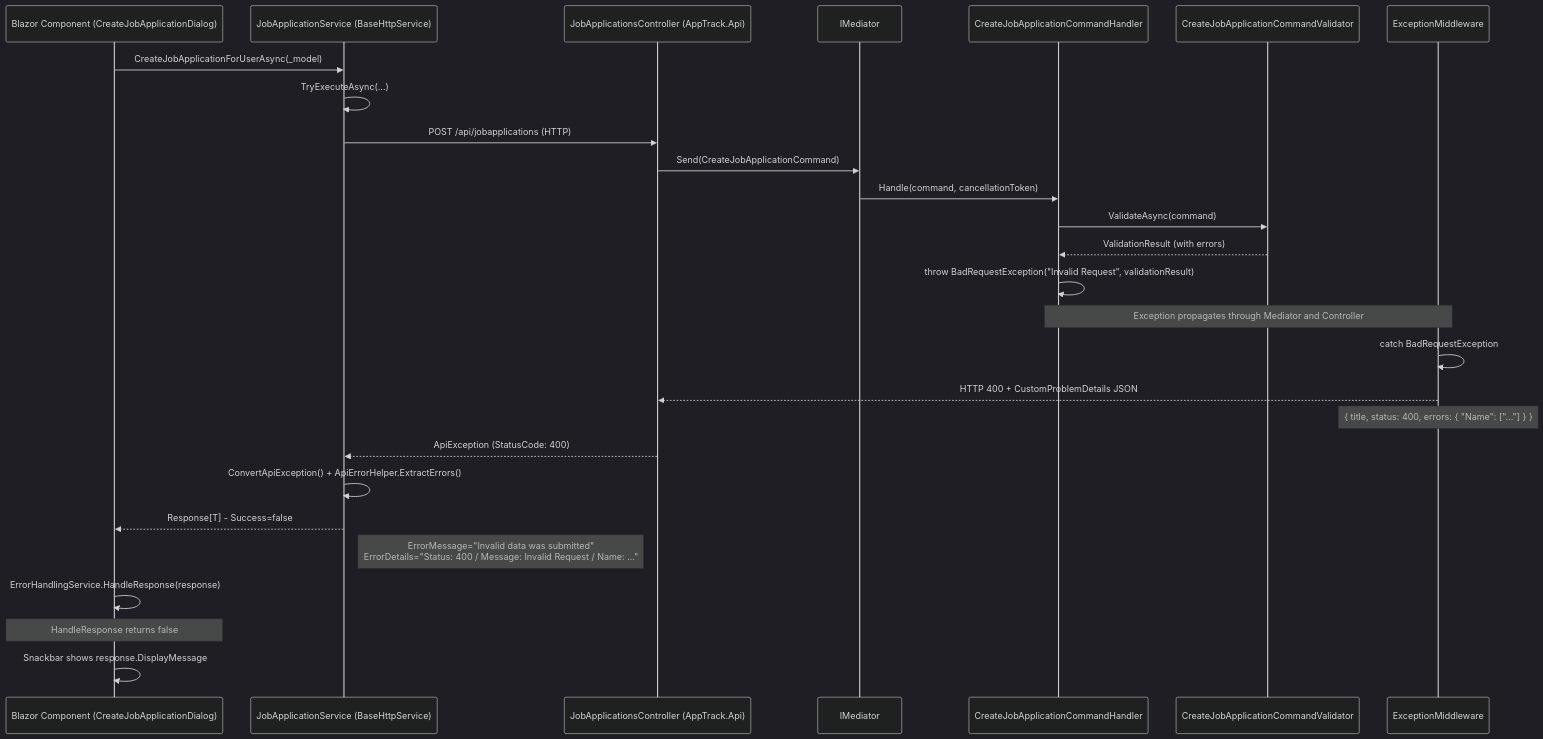
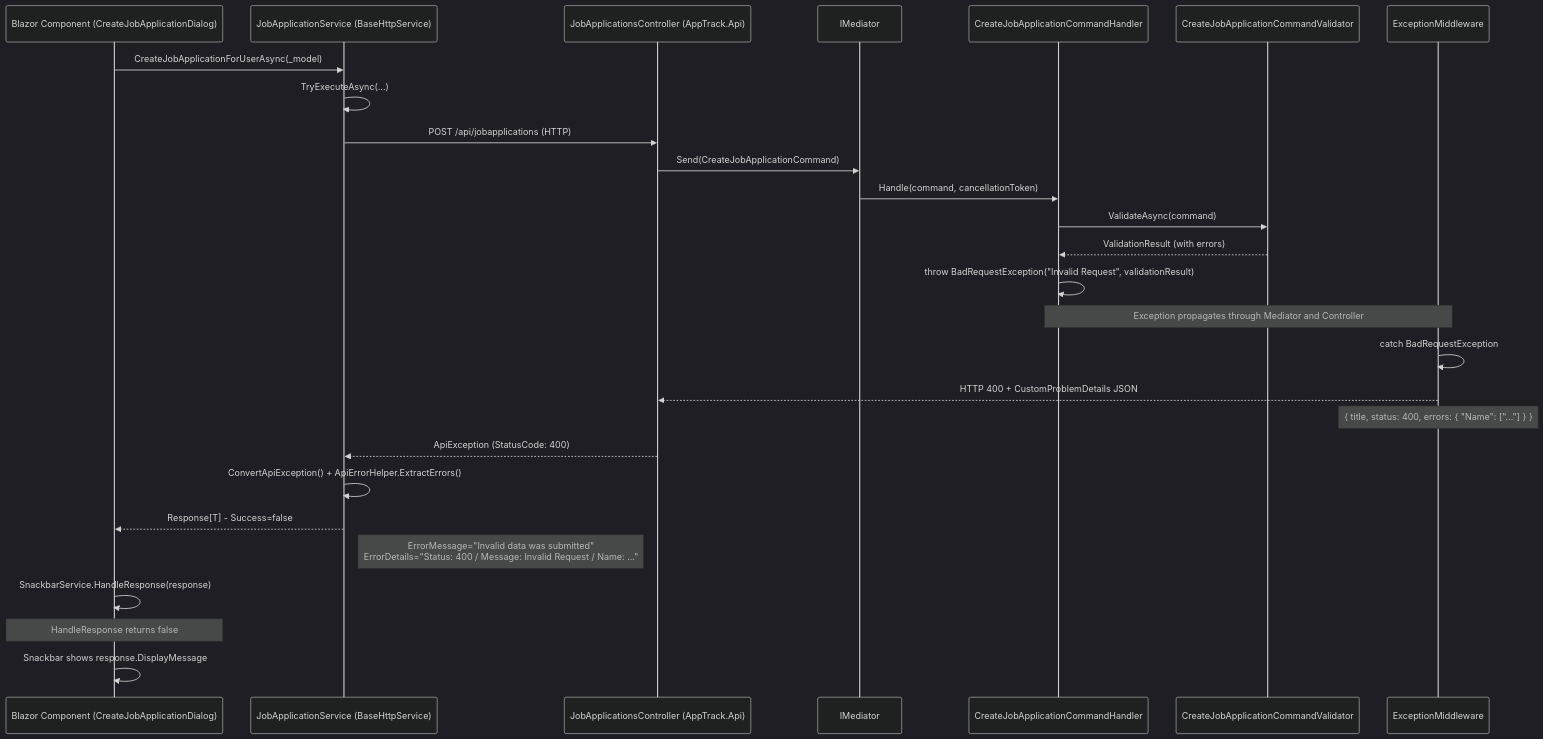
One commit to wagnersoftware/AppTrack changed the first of 3 diagrams in docs/error-handling-architecture.md. Above: the diagram before and after it, drawn with Mermaid (dark theme). The commit also changed other lines of this file and 38 other files, not shown here.

````diff
--- a/docs/error-handling-architecture.md
+++ b/docs/error-handling-architecture.md
@@ -24,30 +24,30 @@
 ```mermaid
 sequenceDiagram
     participant UI as Blazor Component (CreateJobApplicationDialog)
     participant SVC as JobApplicationService (BaseHttpService)
     participant API as JobApplicationsController (AppTrack.Api)
     participant MED as IMediator
     participant HDL as CreateJobApplicationCommandHandler
     participant VAL as CreateJobApplicationCommandValidator
     participant MDW as ExceptionMiddleware
 
     UI->>SVC: CreateJobApplicationForUserAsync(_model)
     SVC->>SVC: TryExecuteAsync(...)
     SVC->>API: POST /api/jobapplications (HTTP)
     API->>MED: Send(CreateJobApplicationCommand)
     MED->>HDL: Handle(command, cancellationToken)
     HDL->>VAL: ValidateAsync(command)
     VAL-->>HDL: ValidationResult (with errors)
     HDL->>HDL: throw BadRequestException("Invalid Request", validationResult)
     Note over HDL,MDW: Exception propagates through Mediator and Controller
     MDW->>MDW: catch BadRequestException
     MDW-->>API: HTTP 400 + CustomProblemDetails JSON
     Note over MDW: { title, status: 400, errors: { "Name": ["..."] } }
     API-->>SVC: ApiException (StatusCode: 400)
     SVC->>SVC: ConvertApiException() + ApiErrorHelper.ExtractErrors()
     SVC-->>UI: Response[T] - Success=false
     Note right of SVC: ErrorMessage="Invalid data was submitted"<br/>ErrorDetails="Status: 400 / Message: Invalid Request / Name: ..."
-    UI->>UI: ErrorHandlingService.HandleResponse(response)
+    UI->>UI: SnackbarService.HandleResponse(response)
     Note over UI: HandleResponse returns false
     UI->>UI: Snackbar shows response.DisplayMessage
 ```
````
